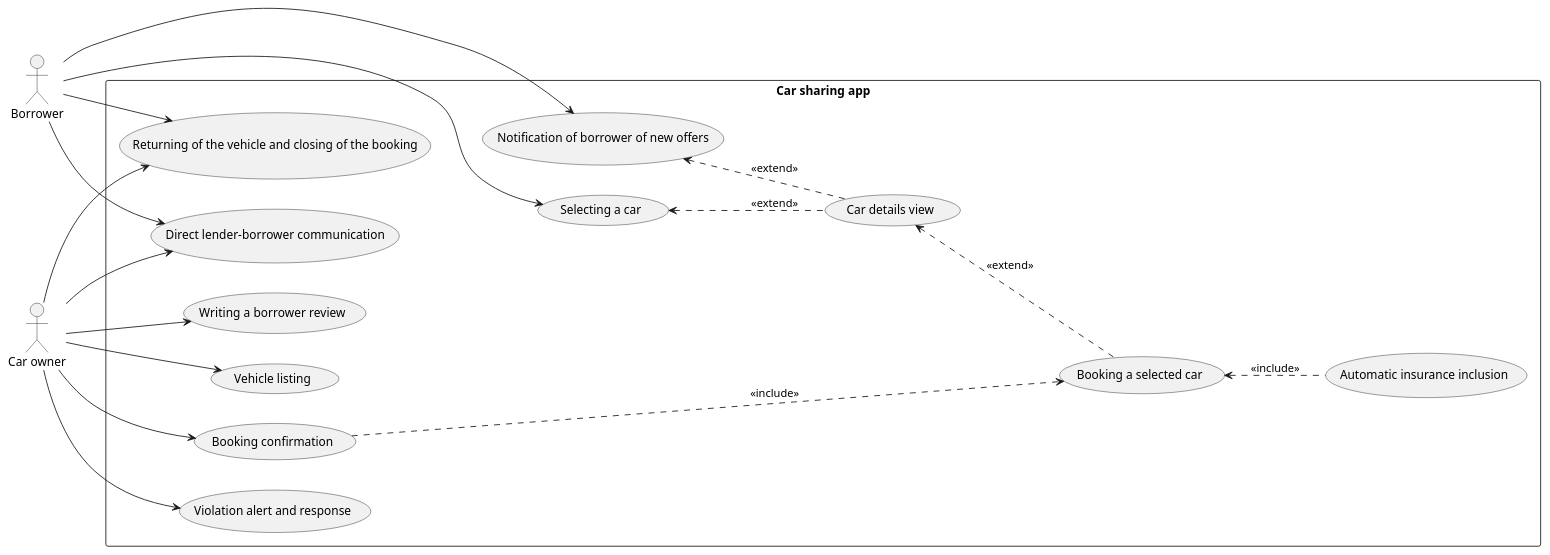
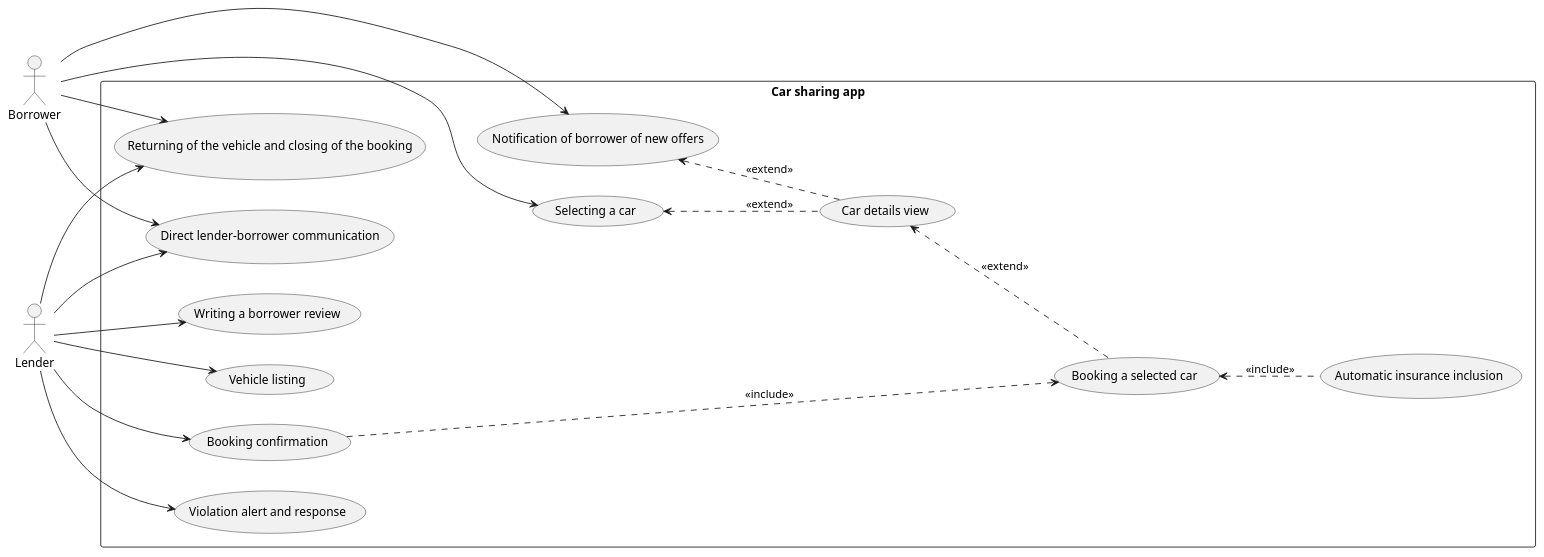
One commit to bruzla/NSWI041 changed the diagram in usecase_diagram/usecase_diagram.plantuml. Above: the diagram before and after it, drawn with PlantUML. The commit also changed 1 other file, not shown here.

Commit message:
update uc diagram

```diff
--- a/usecase_diagram/usecase_diagram.plantuml
+++ b/usecase_diagram/usecase_diagram.plantuml
@@ -1,63 +1,63 @@
 @startuml
 left to right direction
 ' Define the actors
 actor Borrower as borrower
 
 ' Define the system boundary
 rectangle "Car sharing app" {
 ' UC-1
     (Vehicle listing) as vehicleListing [[https://github.com/bruzla/NSWI041/issues/12]]
 ' UC-2
     (Selecting a car) as selectingCar [[https://github.com/bruzla/NSWI041/issues/13]]
 ' UC-3
     (Booking a selected car) as bookingSelectedCar [[https://github.com/bruzla/NSWI041/issues/14]]
 ' UC-4
     (Car details view) as carDetail [[https://github.com/bruzla/NSWI041/issues/15]]
 ' UC-6
     (Automatic insurance inclusion) as automaticInsurance [[https://github.com/bruzla/NSWI041/issues/17]]
 ' UC-5
     (Booking confirmation) as bookingConfirmation [[https://github.com/bruzla/NSWI041/issues/16]]
 ' UC-7
     (Direct lender-borrower communication) as lenderBorrowerCommunication [[https://github.com/bruzla/NSWI041/issues/18]]
 ' UC-8
     (Violation alert and response) as violationAlert [[https://github.com/bruzla/NSWI041/issues/19]]
 ' UC-9
     (Notification of borrower of new offers) as newOffersNotification [[https://github.com/bruzla/NSWI041/issues/20]]
 ' UC-10
     (Returning of the vehicle and closing of the booking) as finishBooking [[https://github.com/bruzla/NSWI041/issues/25]]
 ' UC-011
     (Writing a borrower review) as addReview [[https://github.com/bruzla/NSWI041/issues/23]]
 }
 
 ' Relationships for User
 borrower --> selectingCar
 'borrower --> bookingSelectedCar
 'borrower --> automaticInsurance
 borrower --> lenderBorrowerCommunication
 'borrower --> carDetail
 borrower --> newOffersNotification
 borrower --> finishBooking
 
 ' relations between use cases
 bookingSelectedCar .up.> carDetail : <<extend>>
 carDetail .up.> selectingCar : <<extend>>
 automaticInsurance .up.> bookingSelectedCar : <<include>>
 carDetail .up.> newOffersNotification : <<extend>>
 bookingConfirmation ....> bookingSelectedCar : <<include>>
 
 
-actor "Car owner" as carOwner
+actor "Lender" as carOwner
 ' Relationships for Admin
 carOwner --> finishBooking
 carOwner --> vehicleListing
 carOwner --> lenderBorrowerCommunication
 carOwner --> bookingConfirmation
 carOwner --> violationAlert
 carOwner --> addReview
 
 
 ' Extends and Includes (optional)
 'selectingCar .> vehicleListing : extends
 
 '(Login) .> (Register) : includes
 @enduml
```
